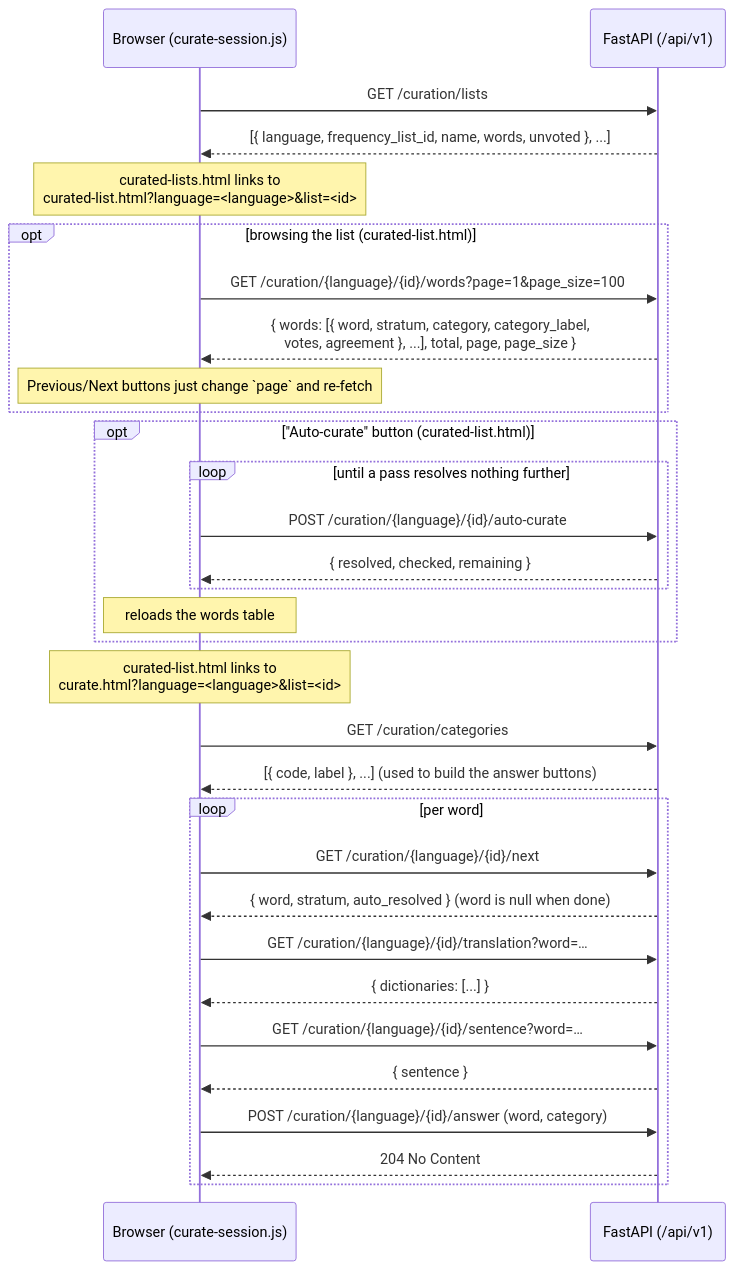
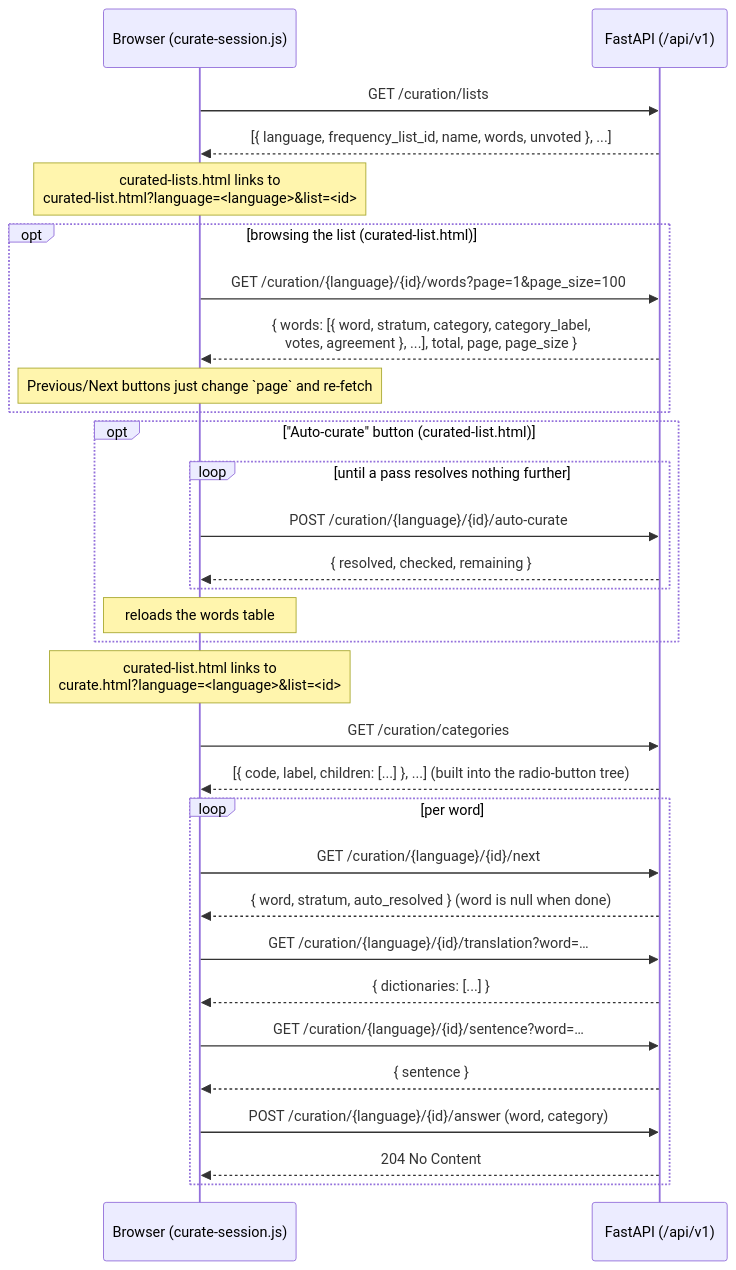
One commit to enzet/Emmio changed the third of 3 diagrams in web/README.md. Above: the diagram before and after it, drawn with Mermaid. The commit also changed other lines of this file and 8 other files, not shown here.

````diff
--- a/web/README.md
+++ b/web/README.md
@@ -194,38 +201,38 @@
 ```mermaid
 sequenceDiagram
     participant B as Browser (curate-session.js)
     participant A as FastAPI (/api/v1)
 
     B->>A: GET /curation/lists
     A-->>B: [{ language, frequency_list_id, name, words, unvoted }, ...]
     Note over B: curated-lists.html links to<br/>curated-list.html?language=<language>&list=<id>
 
     opt browsing the list (curated-list.html)
         B->>A: GET /curation/{language}/{id}/words?page=1&page_size=100
         A-->>B: { words: [{ word, stratum, category, category_label,<br/>votes, agreement }, ...], total, page, page_size }
         Note over B: Previous/Next buttons just change `page` and re-fetch
     end
 
     opt "Auto-curate" button (curated-list.html)
         loop until a pass resolves nothing further
             B->>A: POST /curation/{language}/{id}/auto-curate
             A-->>B: { resolved, checked, remaining }
         end
         Note over B: reloads the words table
     end
 
     Note over B: curated-list.html links to<br/>curate.html?language=<language>&list=<id>
     B->>A: GET /curation/categories
-    A-->>B: [{ code, label }, ...]  (used to build the answer buttons)
+    A-->>B: [{ code, label, children: [...] }, ...]  (built into the radio-button tree)
 
     loop per word
         B->>A: GET /curation/{language}/{id}/next
         A-->>B: { word, stratum, auto_resolved }  (word is null when done)
         B->>A: GET /curation/{language}/{id}/translation?word=…
         A-->>B: { dictionaries: [...] }
         B->>A: GET /curation/{language}/{id}/sentence?word=…
         A-->>B: { sentence }
         B->>A: POST /curation/{language}/{id}/answer (word, category)
         A-->>B: 204 No Content
     end
 ```
````
